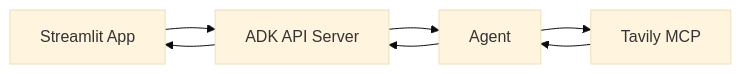
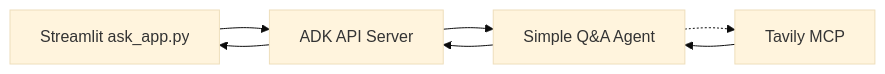
One commit to bhuvana26/AI-Projects changed the diagram in MCP_with_AutoGen_Integrating_AI_Agents_with_Notion/adk streamlit precursor/README.md. Above: the diagram before and after it, drawn with Mermaid (base theme).

Commit message:
Update README with improved formatting and details

````diff
--- a/MCP_with_AutoGen_Integrating_AI_Agents_with_Notion/adk streamlit precursor/README.md
+++ b/MCP_with_AutoGen_Integrating_AI_Agents_with_Notion/adk streamlit precursor/README.md
@@ -44,9 +44,9 @@
 ```mermaid
 flowchart LR
-    UI[Streamlit App] --> API[ADK API Server]
-    API --> AGENT[Agent]
-    AGENT --> MCP[Tavily MCP]
+    UI["Streamlit ask_app.py"] --> API["ADK API Server"]
+    API --> AGENT["Simple Q&A Agent"]
+    AGENT -.-> MCP["Tavily MCP"]
     MCP --> AGENT
     AGENT --> API
     API --> UI
 ```
````
